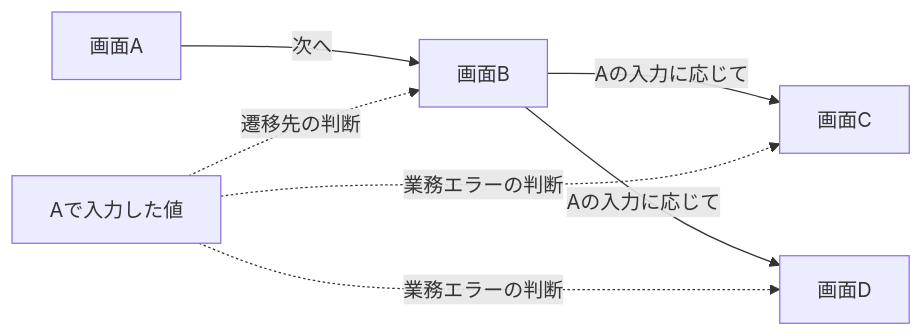
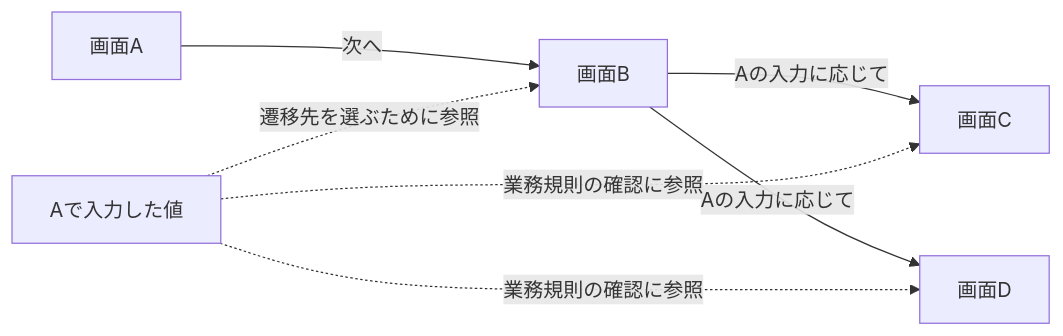
One commit to d-tsu/learn-knowledge-graph changed the first of 3 diagrams in docs/chapters/00-introduction.md. Above: the diagram before and after it, drawn with Mermaid. The commit also changed other lines of this file and 31 other files, not shown here.

````diff
--- a/docs/chapters/00-introduction.md
+++ b/docs/chapters/00-introduction.md
@@ -31,9 +53,9 @@
 ```mermaid
 flowchart LR
   A[画面A] -->|次へ| B[画面B]
   B -->|Aの入力に応じて| C[画面C]
   B -->|Aの入力に応じて| D[画面D]
-  I[Aで入力した値] -.->|遷移先の判断| B
-  I -.->|業務エラーの判断| C
-  I -.->|業務エラーの判断| D
+  I[Aで入力した値] -.->|遷移先を選ぶために参照| B
+  I -.->|業務規則の確認に参照| C
+  I -.->|業務規則の確認に参照| D
 ```
````
